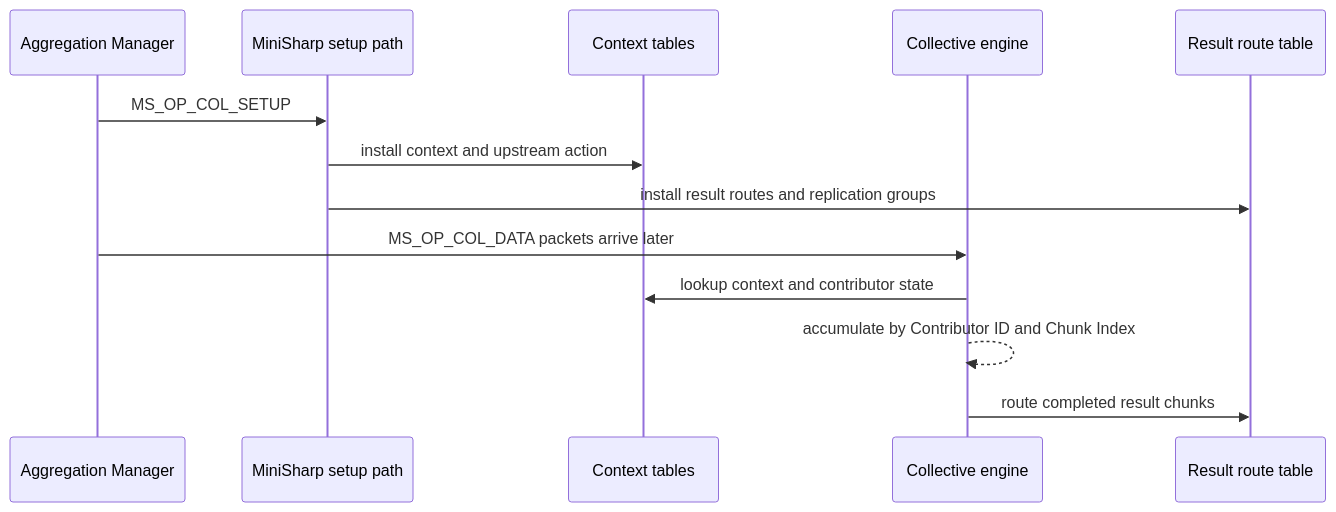
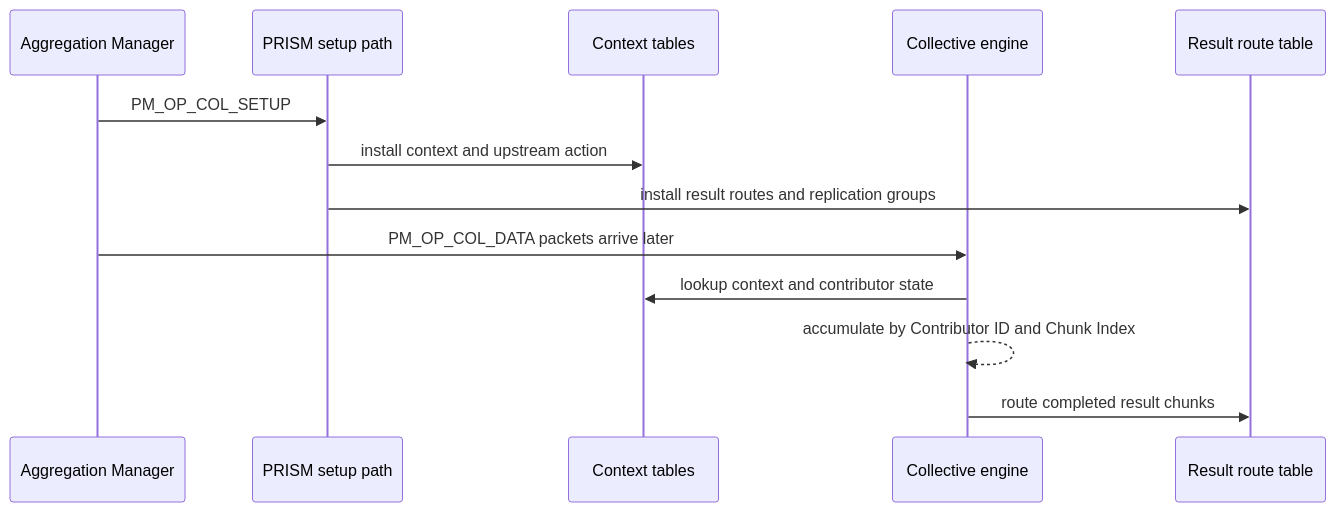
One commit to uniquadev/prism changed the third of 13 diagrams in docs/chapters/3-architecture/protocol.md. Above: the diagram before and after it, drawn with Mermaid. The commit also changed other lines of this file and 21 other files, not shown here.

Commit message:
Rename MiniSharp to PRISM

````diff
--- a/docs/chapters/3-architecture/protocol.md
+++ b/docs/chapters/3-architecture/protocol.md
@@ -302,16 +302,16 @@
 ```mermaid
 sequenceDiagram
     participant AM as Aggregation Manager
-    participant SW as MiniSharp setup path
+    participant SW as PRISM setup path
     participant CTX as Context tables
     participant CE as Collective engine
     participant RRT as Result route table
 
-    AM->>SW: MS_OP_COL_SETUP
+    AM->>SW: PM_OP_COL_SETUP
     SW->>CTX: install context and upstream action
     SW->>RRT: install result routes and replication groups
-    AM->>CE: MS_OP_COL_DATA packets arrive later
+    AM->>CE: PM_OP_COL_DATA packets arrive later
     CE->>CTX: lookup context and contributor state
     CE-->>CE: accumulate by Contributor ID and Chunk Index
     CE->>RRT: route completed result chunks
 ```
````
